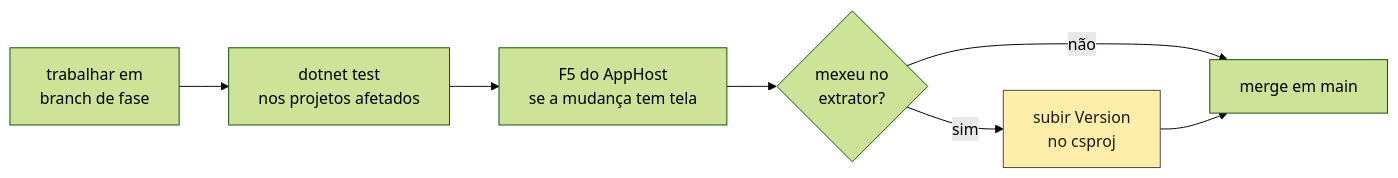
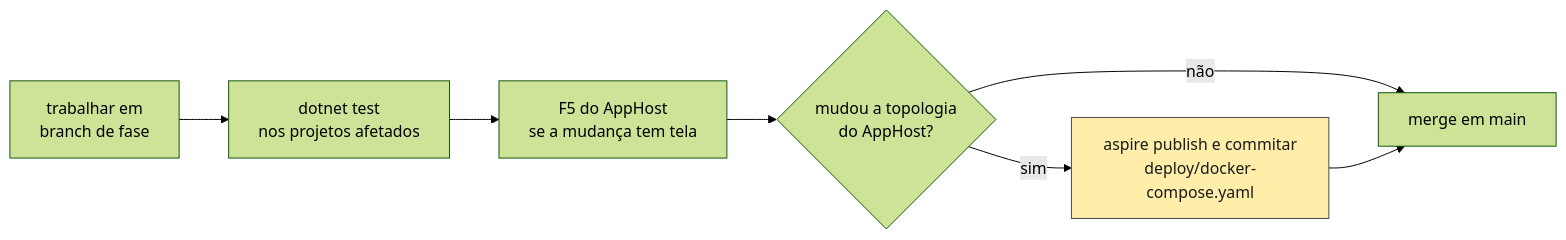
One commit to procfit/MLDemandForcastPOC changed the third of 11 diagrams in Docs/fluxo-de-entrega.md. Above: the diagram before and after it, drawn with Mermaid (forest theme). The commit also changed other lines of this file and 4 other files, not shown here.

First line of the commit message:
feat(ci): derive the extractor version and guard the compose against drift

````diff
--- a/Docs/fluxo-de-entrega.md
+++ b/Docs/fluxo-de-entrega.md
@@ -90,10 +90,10 @@
 ```mermaid
 flowchart LR
     W["trabalhar em<br/>branch de fase"] --> T["dotnet test<br/>nos projetos afetados"]
     T --> F5["F5 do AppHost<br/>se a mudança tem tela"]
-    F5 --> V{"mexeu no<br/>extrator?"}
-    V -->|sim| B["subir Version<br/>no csproj"]
-    V -->|não| M["merge em main"]
-    B --> M
-    style B fill:#fea,stroke:#4a4a4a,color:#1a1a1a
+    F5 --> A{"mudou a topologia<br/>do AppHost?"}
+    A -->|sim| P["aspire publish e commitar<br/>deploy/docker-compose.yaml"]
+    A -->|não| M["merge em main"]
+    P --> M
+    style P fill:#fea,stroke:#4a4a4a,color:#1a1a1a
 ```
````
